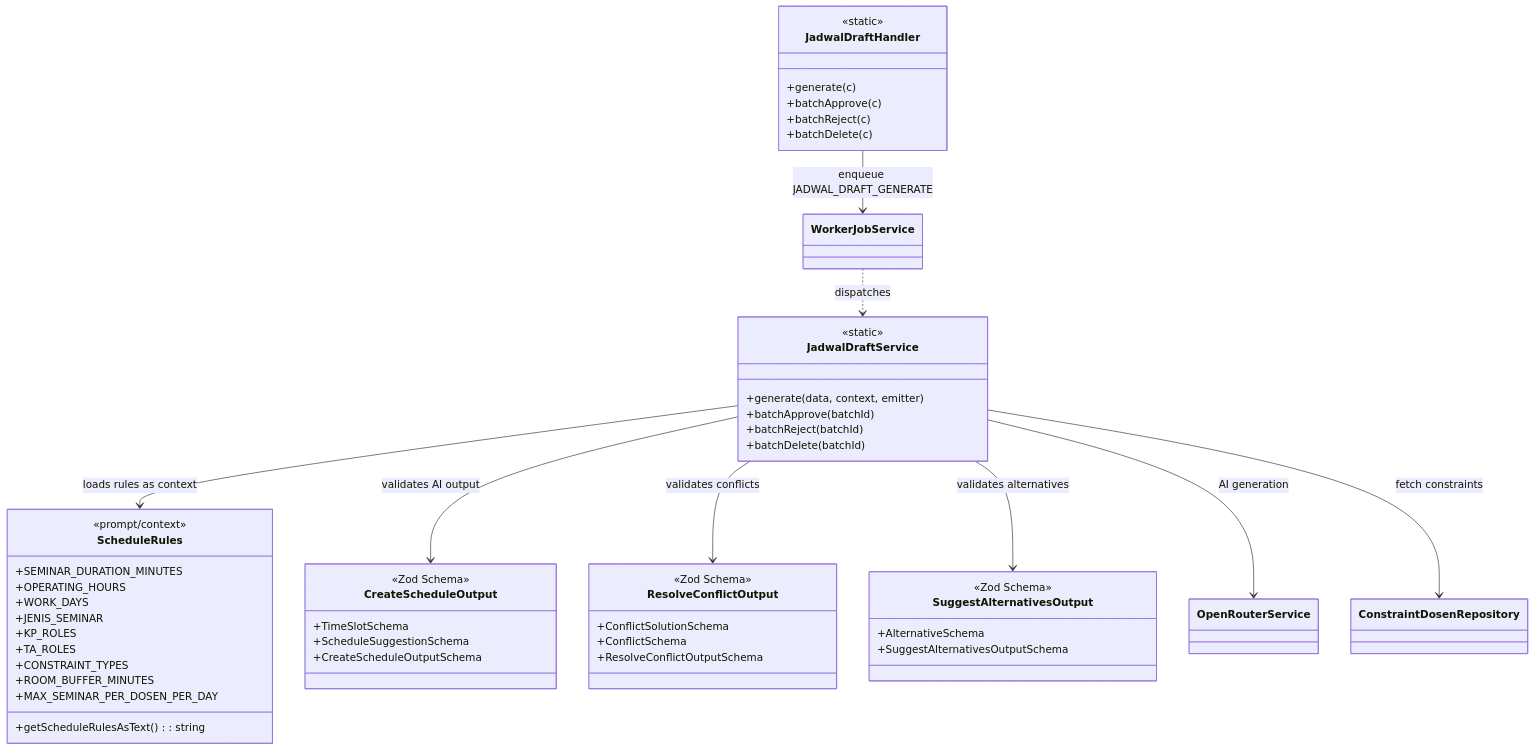
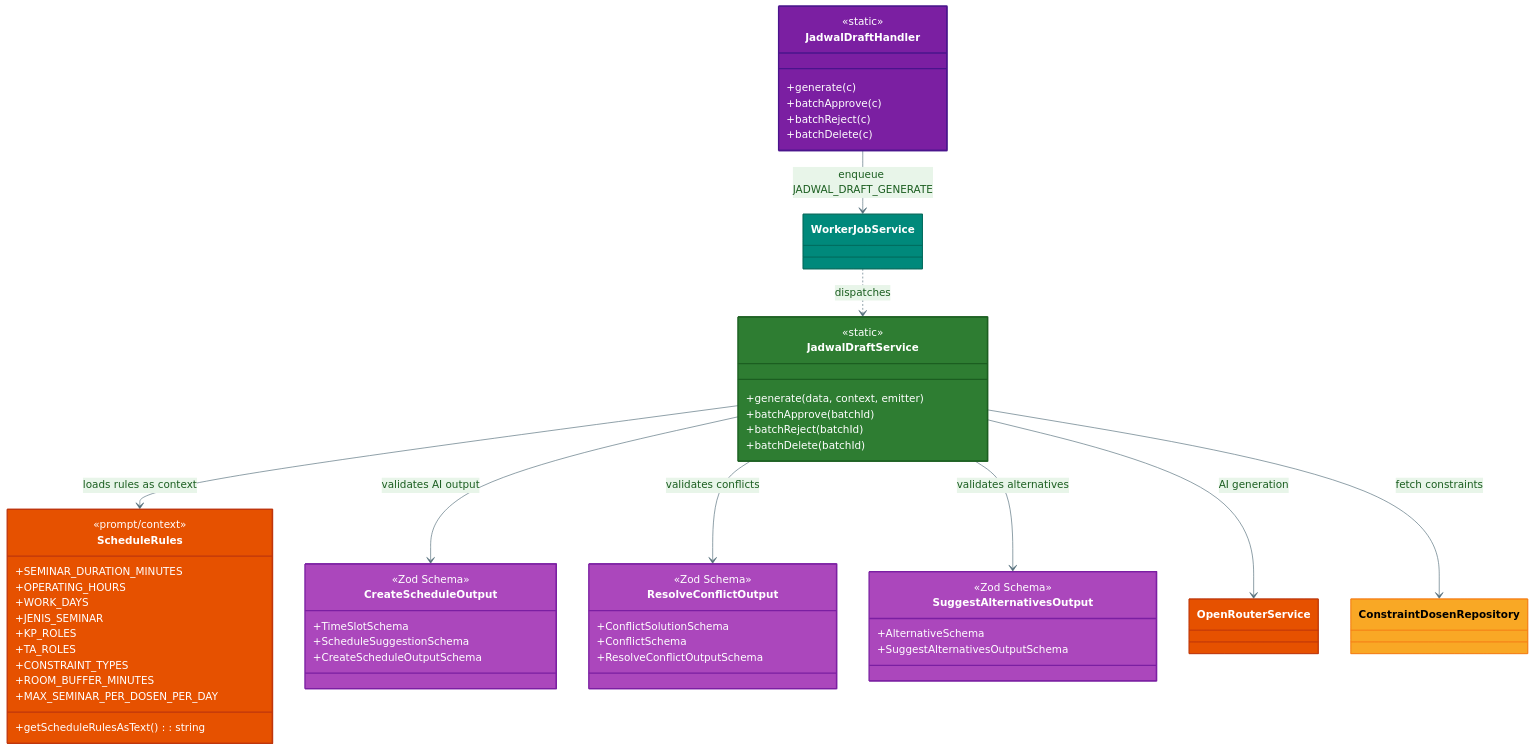
The tenth of 12 diagrams in architecture-c4-level4.md (luna-gindra/c4-architecture-hono-api-seminar), drawn with Mermaid before and after one commit. The commit also changed other lines of this file and 1 other file, not shown here.

First line of the commit message:
🎨 Add colorful styling to all C4 architecture diagrams

````diff
--- a/architecture-c4-level4.md
+++ b/architecture-c4-level4.md
@@ -740,61 +892,77 @@
 ```mermaid
+%%{init: {"theme": "base", "themeVariables": {
+    "primaryColor": "#E8F5E9",
+    "primaryTextColor": "#1B5E20",
+    "lineColor": "#546E7A",
+    "fontSize": 13
+}}}%%
 classDiagram
     class JadwalDraftHandler {
         <<static>>
         +generate(c)
         +batchApprove(c)
         +batchReject(c)
         +batchDelete(c)
     }
 
     class JadwalDraftService {
         <<static>>
         +generate(data, context, emitter)
         +batchApprove(batchId)
         +batchReject(batchId)
         +batchDelete(batchId)
     }
 
     class ScheduleRules {
         <<prompt/context>>
         +SEMINAR_DURATION_MINUTES
         +OPERATING_HOURS
         +WORK_DAYS
         +JENIS_SEMINAR
         +KP_ROLES
         +TA_ROLES
         +CONSTRAINT_TYPES
         +ROOM_BUFFER_MINUTES
         +MAX_SEMINAR_PER_DOSEN_PER_DAY
         +getScheduleRulesAsText(): string
     }
 
     class CreateScheduleOutput {
         <<Zod Schema>>
         +TimeSlotSchema
         +ScheduleSuggestionSchema
         +CreateScheduleOutputSchema
     }
 
     class ResolveConflictOutput {
         <<Zod Schema>>
         +ConflictSolutionSchema
         +ConflictSchema
         +ResolveConflictOutputSchema
     }
 
     class SuggestAlternativesOutput {
         <<Zod Schema>>
         +AlternativeSchema
         +SuggestAlternativesOutputSchema
     }
 
     JadwalDraftHandler --> WorkerJobService : enqueue JADWAL_DRAFT_GENERATE
     WorkerJobService ..> JadwalDraftService : dispatches
     JadwalDraftService --> ScheduleRules : loads rules as context
     JadwalDraftService --> CreateScheduleOutput : validates AI output
     JadwalDraftService --> ResolveConflictOutput : validates conflicts
     JadwalDraftService --> SuggestAlternativesOutput : validates alternatives
     JadwalDraftService --> OpenRouterService : AI generation
     JadwalDraftService --> ConstraintDosenRepository : fetch constraints
+
+    style JadwalDraftHandler fill:#7B1FA2,color:#fff,stroke:#4A148C,stroke-width:2px
+    style JadwalDraftService fill:#2E7D32,color:#fff,stroke:#1B5E20,stroke-width:2px
+    style ScheduleRules fill:#E65100,color:#fff,stroke:#BF360C,stroke-width:2px
+    style CreateScheduleOutput fill:#AB47BC,color:#fff,stroke:#7B1FA2,stroke-width:2px
+    style ResolveConflictOutput fill:#AB47BC,color:#fff,stroke:#7B1FA2,stroke-width:2px
+    style SuggestAlternativesOutput fill:#AB47BC,color:#fff,stroke:#7B1FA2,stroke-width:2px
+    style WorkerJobService fill:#00897B,color:#fff,stroke:#00695C,stroke-width:1px
+    style OpenRouterService fill:#E65100,color:#fff,stroke:#BF360C,stroke-width:1px
+    style ConstraintDosenRepository fill:#F9A825,color:#000,stroke:#F57F17,stroke-width:1px
 ```
````
